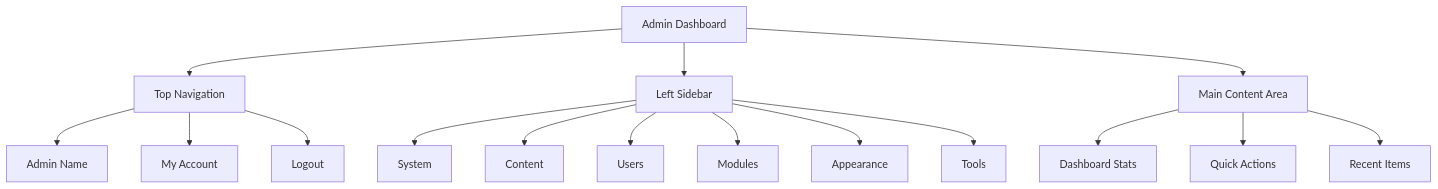
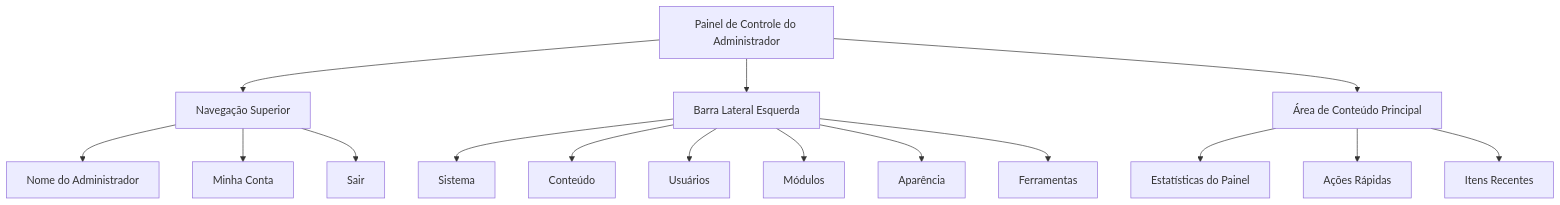
One commit to mambax7/xoops-docs changed the second of 2 diagrams in apps/docs-27/src/content/docs/pt/getting-started/admin-panel.md. Above: the diagram before and after it, drawn with Mermaid. The commit also changed other lines of this file and 162 other files, not shown here.

````diff
--- a/apps/docs-27/src/content/docs/pt/getting-started/admin-panel.md
+++ b/apps/docs-27/src/content/docs/pt/getting-started/admin-panel.md
@@ -60,18 +60,18 @@
 ```mermaid
 graph TD
-    A[Admin Dashboard] --> B[Top Navigation]
-    A --> C[Left Sidebar]
-    A --> D[Main Content Area]
-    B --> B1[Admin Name]
-    B --> B2[My Account]
-    B --> B3[Logout]
-    C --> C1[System]
-    C --> C2[Content]
-    C --> C3[Users]
-    C --> C4[Modules]
-    C --> C5[Appearance]
-    C --> C6[Tools]
-    D --> D1[Dashboard Stats]
-    D --> D2[Quick Actions]
-    D --> D3[Recent Items]
+    A[Painel de Controle do Administrador] --> B[Navegação Superior]
+    A --> C[Barra Lateral Esquerda]
+    A --> D[Área de Conteúdo Principal]
+    B --> B1[Nome do Administrador]
+    B --> B2[Minha Conta]
+    B --> B3[Sair]
+    C --> C1[Sistema]
+    C --> C2[Conteúdo]
+    C --> C3[Usuários]
+    C --> C4[Módulos]
+    C --> C5[Aparência]
+    C --> C6[Ferramentas]
+    D --> D1[Estatísticas do Painel]
+    D --> D2[Ações Rápidas]
+    D --> D3[Itens Recentes]
 ```
````
